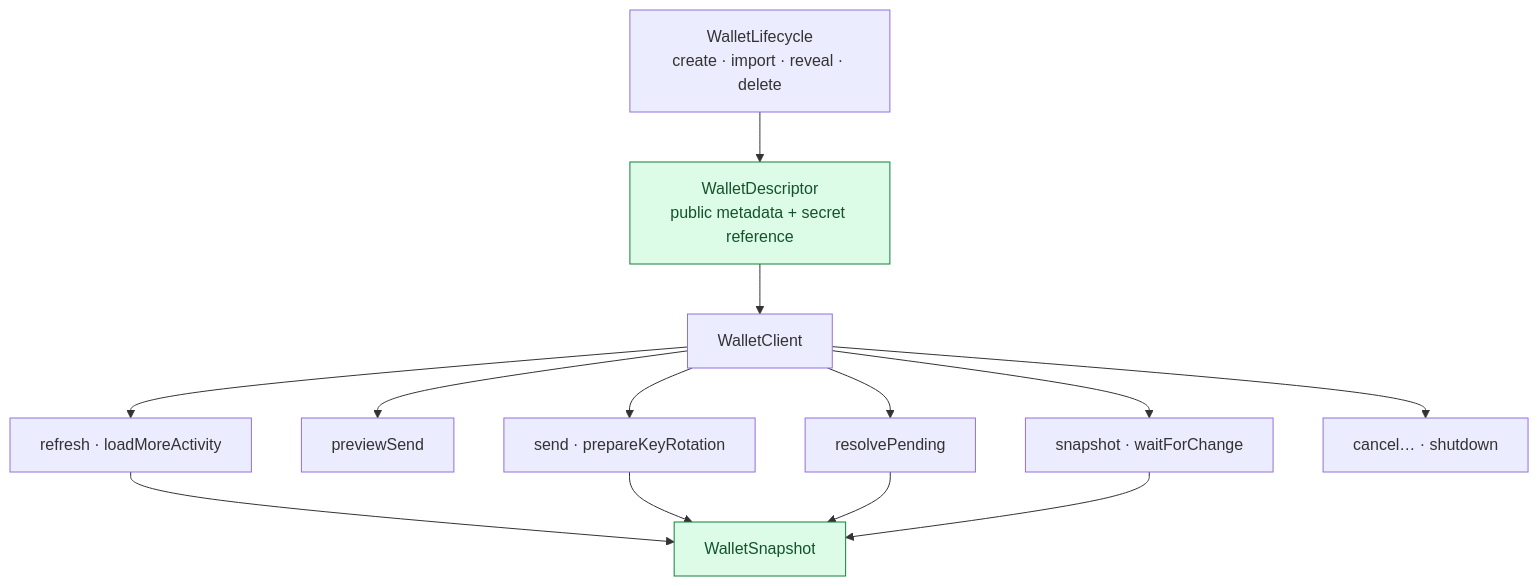
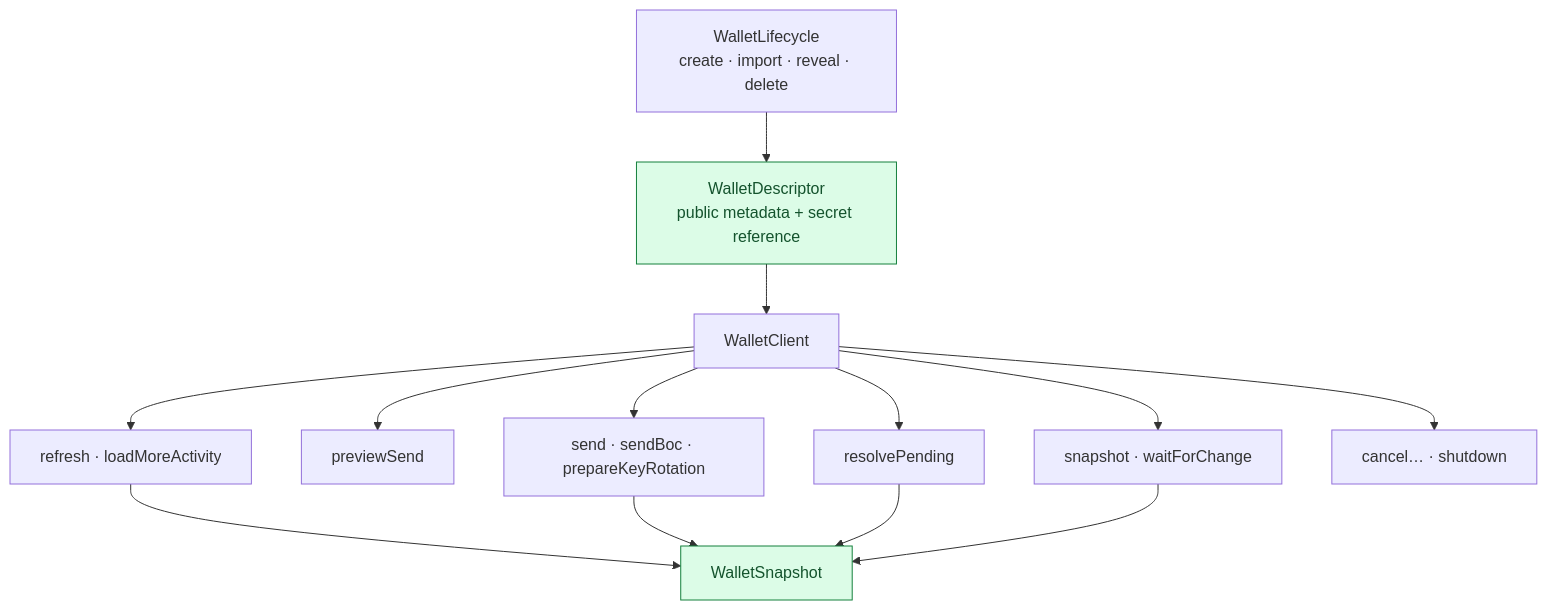
One commit to i582/wallet-engine changed the first of 9 diagrams in README.md. Above: the diagram before and after it, drawn with Mermaid. The commit also changed other lines of this file and 20 other files, not shown here.

Commit message:
feat(rust): add `sendBoc` to send raw boc (for example for key rotation)

````diff
--- a/README.md
+++ b/README.md
@@ -392,20 +395,20 @@
 ```mermaid
 flowchart TD
     Lifecycle["WalletLifecycle<br/>create · import · reveal · delete"]
     Descriptor["WalletDescriptor<br/>public metadata + secret reference"]
     Lifecycle --> Descriptor
     Descriptor --> Client["WalletClient"]
     Client --> Read["refresh · loadMoreActivity"]
     Client --> Preview["previewSend"]
-    Client --> Send["send · prepareKeyRotation"]
+    Client --> Send["send · sendBoc · prepareKeyRotation"]
     Client --> Resolve["resolvePending"]
     Client --> Observe["snapshot · waitForChange"]
     Read --> Snapshot["WalletSnapshot"]
     Send --> Snapshot
     Resolve --> Snapshot
     Observe --> Snapshot
     Client --> Stop["cancel… · shutdown"]
 
     classDef result fill:#dcfce7,stroke:#15803d,color:#14532d;
     class Descriptor,Snapshot result;
 ```
````
